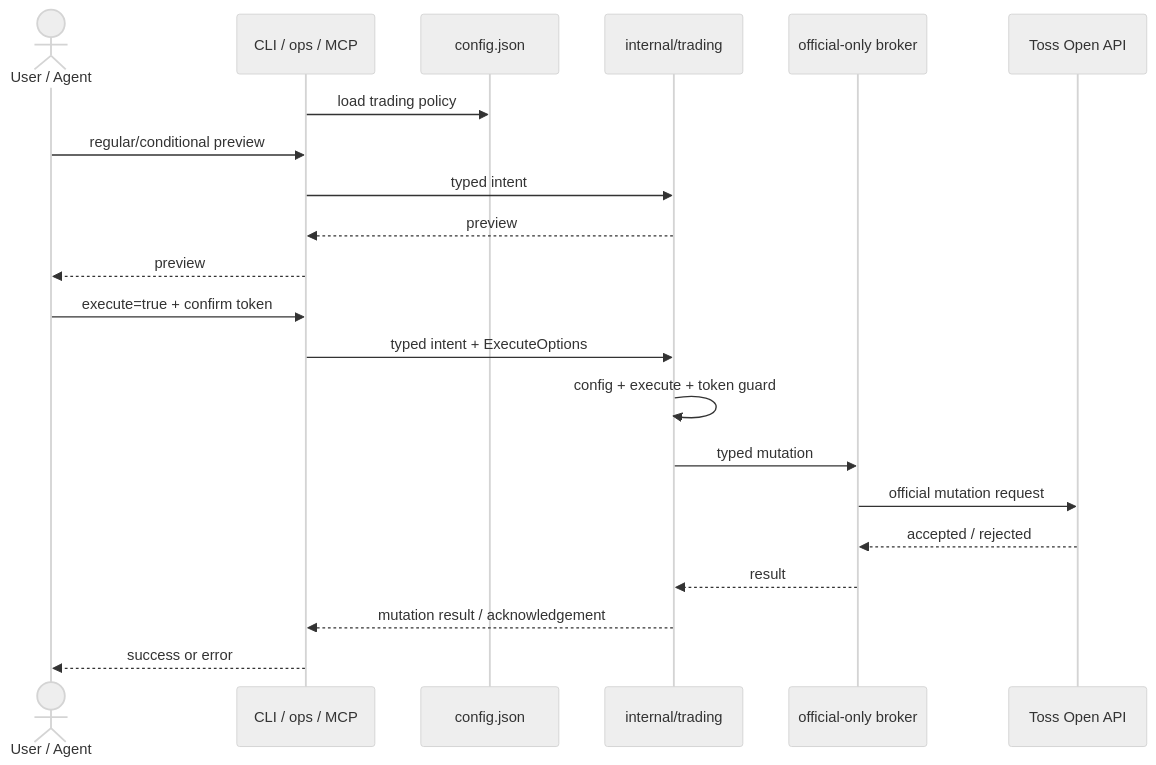
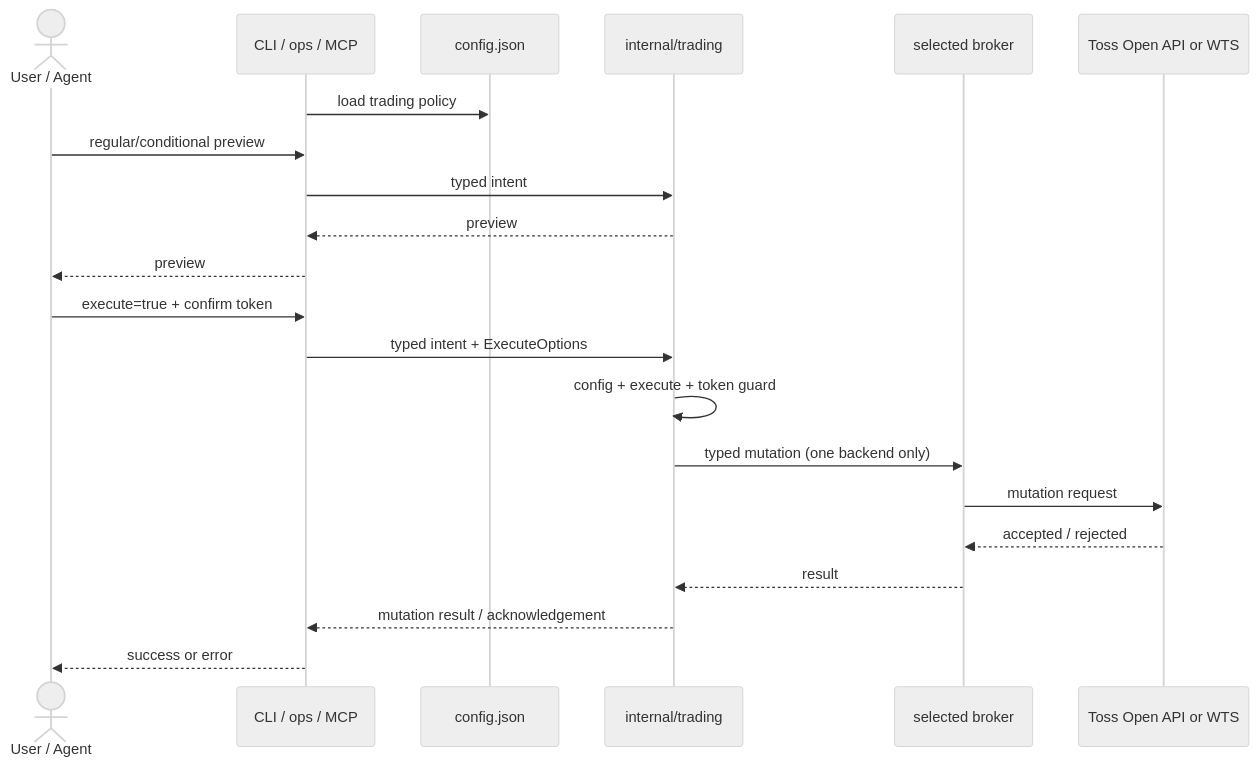
The sixth of 6 diagrams in docs/architecture.md (JungHoonGhae/tossinvest-cli), drawn with Mermaid (neutral theme) before and after one commit. The commit also changed other lines of this file and 111 other files, not shown here.

````diff
--- a/docs/architecture.md
+++ b/docs/architecture.md
@@ -171,25 +231,25 @@
 ```mermaid
 sequenceDiagram
     actor Caller as User / Agent
     participant Surface as CLI / ops / MCP
     participant Config as config.json
     participant Trading as internal/trading
-    participant Broker as official-only broker
-    participant API as Toss Open API
+    participant Broker as selected broker
+    participant API as Toss Open API or WTS
 
     Surface->>Config: load trading policy
     Caller->>Surface: regular/conditional preview
     Surface->>Trading: typed intent
     Trading-->>Surface: preview
     Surface-->>Caller: preview
 
     Caller->>Surface: execute=true + confirm token
     Surface->>Trading: typed intent + ExecuteOptions
     Trading->>Trading: config + execute + token guard
-    Trading->>Broker: typed mutation
-    Broker->>API: official mutation request
+    Trading->>Broker: typed mutation (one backend only)
+    Broker->>API: mutation request
     API-->>Broker: accepted / rejected
     Broker-->>Trading: result
     Trading-->>Surface: mutation result / acknowledgement
     Surface-->>Caller: success or error
 ```
````
